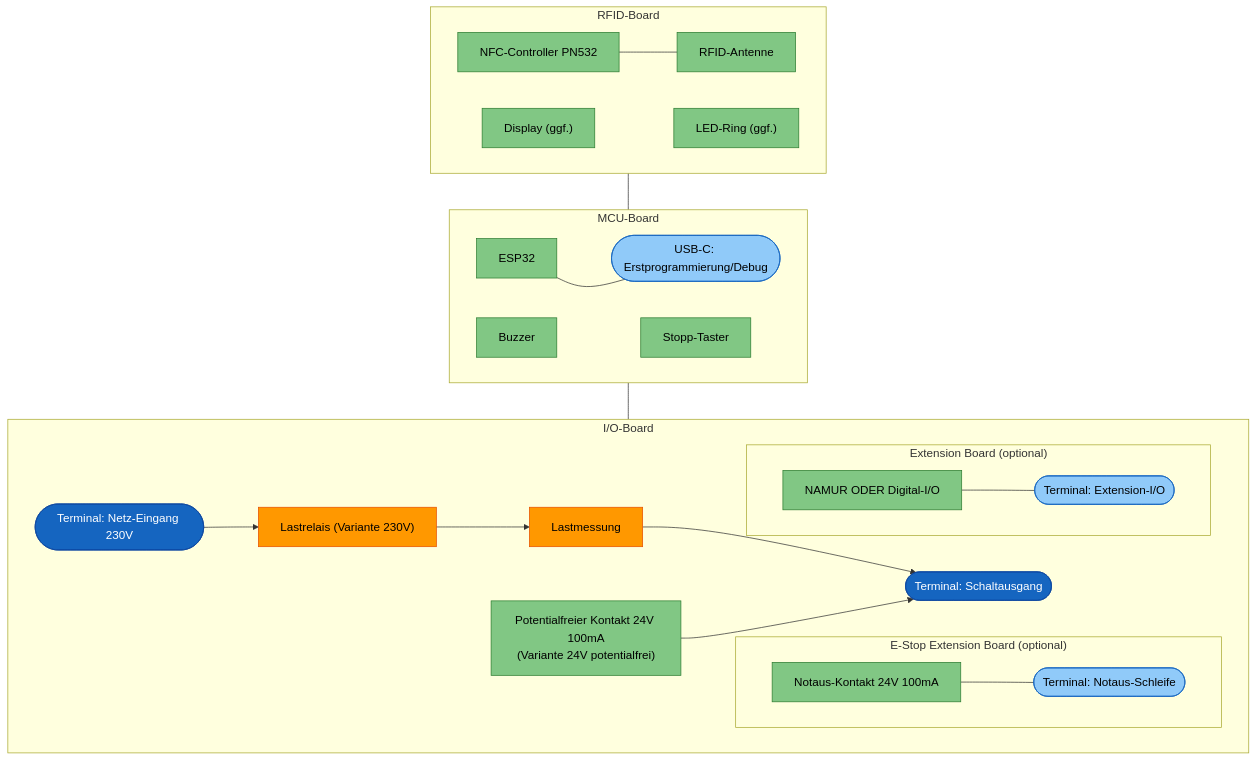
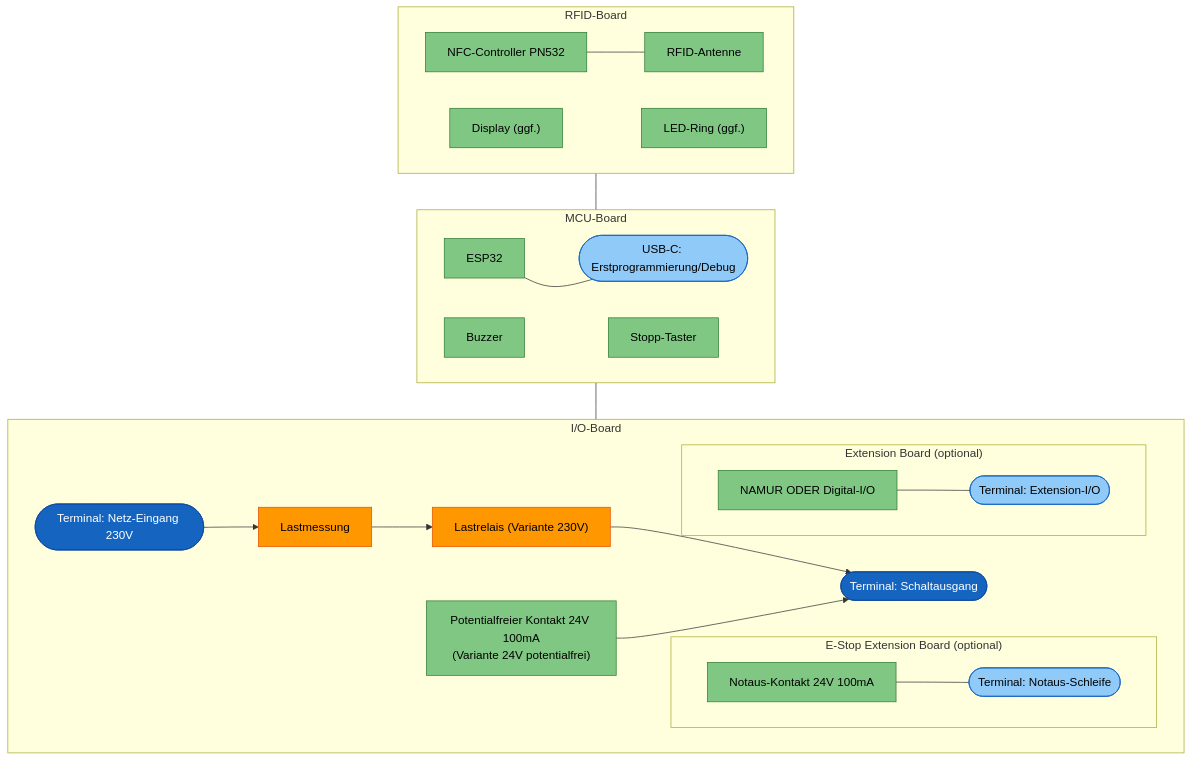
Before and after one commit to FREILab/easyVerwaltungHardware: the first of 3 diagrams in hardware/projects/RFID_BOX/README.md, drawn with Mermaid. The commit also changed other lines of this file and 2 other files, not shown here.

````diff
--- a/hardware/projects/RFID_BOX/README.md
+++ b/hardware/projects/RFID_BOX/README.md
@@ -74,67 +74,67 @@
 ```mermaid
 flowchart TB
     subgraph IO["I/O-Board"]
         direction LR
         NETZ([Terminal: Netz-Eingang 230V])
         OUT([Terminal: Schaltausgang])
         REL["Lastrelais (Variante 230V)"]
         POTFREI["Potentialfreier Kontakt 24V 100mA<br/>(Variante 24V potentialfrei)"]
         MESS[Lastmessung]
 
-        NETZ --> REL --> MESS --> OUT
+        NETZ --> MESS --> REL --> OUT
         POTFREI --> OUT
 
         subgraph ESTOP["E-Stop Extension Board (optional)"]
             direction LR
             K3[Notaus-Kontakt 24V 100mA]
             ESTOP_T([Terminal: Notaus-Schleife])
             K3 --- ESTOP_T
         end
 
         subgraph EXT["Extension Board (optional)"]
             direction LR
             EXTIO[NAMUR ODER Digital-I/O]
             IO_T([Terminal: Extension-I/O])
             EXTIO --- IO_T
         end
         
     end
 
     subgraph MCU["MCU-Board"]
         direction LR
         ESP[ESP32]
         BUZ[Buzzer]
         STOP[Stopp-Taster]
         USB([USB-C: Erstprogrammierung/Debug])
 
         ESP ~~~ USB
         BUZ ~~~ STOP
 
         ESP --- USB
     end
 
     subgraph RFID["RFID-Board"]
         direction LR
         NFC[NFC-Controller PN532]
         ANT[RFID-Antenne]
         DISP["Display (ggf.)"]
         RING["LED-Ring (ggf.)"]
 
         NFC --- ANT
 
         DISP ~~~ RING
     end
 
     RFID --- MCU
     MCU --- IO
 
     classDef term230 fill:#1565c0,color:#fff,stroke:#0d47a1
     classDef termSELV fill:#90caf9,color:#000,stroke:#1565c0
     classDef part230 fill:#ff9800,color:#000,stroke:#e65100
     classDef partSELV fill:#81c784,color:#000,stroke:#2e7d32
 
     class NETZ,OUT term230
     class ESTOP_T,IO_T,USB termSELV
     class REL,MESS part230
     class POTFREI,K3,EXTIO,ESP,BUZ,STOP,NFC,ANT,DISP,RING partSELV
 ```
````
